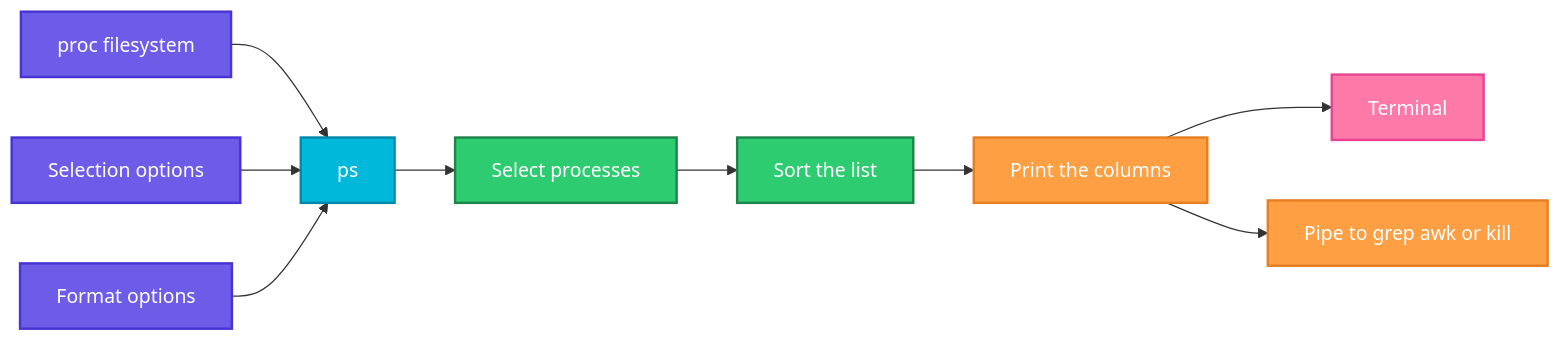
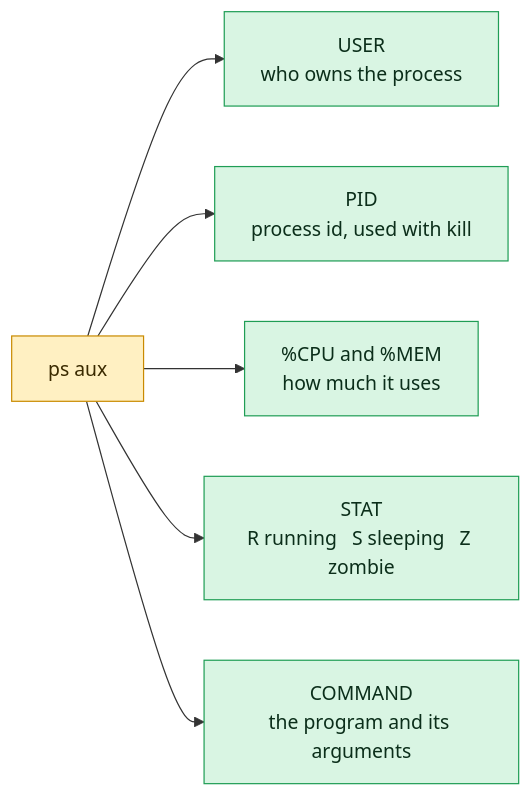
The diagram in linux/process-management/ps.md (codeKerdosTech/DevOps-Documentation), drawn with Mermaid before and after one commit. The commit also changed other lines of this file and 165 other files, not shown here.

Commit message:
updated diagrams in linux

````diff
--- a/linux/process-management/ps.md
+++ b/linux/process-management/ps.md
@@ -18,24 +18,15 @@
 ```mermaid
 flowchart LR
-    A[proc filesystem] --> B[ps]
-    C[Selection options] --> B
-    D[Format options] --> B
-    B --> E[Select processes]
-    E --> F[Sort the list]
-    F --> G[Print the columns]
-    G --> H[Terminal]
-    G --> I[Pipe to grep awk or kill]
-    classDef start fill:#6C5CE7,stroke:#4834D4,stroke-width:2px,color:#fff
-    classDef proc fill:#00B8D9,stroke:#0087A8,stroke-width:2px,color:#fff
-    classDef dec fill:#FFC312,stroke:#E1A100,stroke-width:2px,color:#222
-    classDef ok fill:#2ECC71,stroke:#1E8449,stroke-width:2px,color:#fff
-    classDef err fill:#FF4757,stroke:#C0392B,stroke-width:2px,color:#fff
-    classDef out fill:#FD79A8,stroke:#E84393,stroke-width:2px,color:#fff
-    classDef alt fill:#FF9F43,stroke:#E67E22,stroke-width:2px,color:#fff
-    class A,C,D start
-    class B proc
-    class E,F ok
-    class G alt
-    class H out
-    class I alt
+    c1[ps aux] --> o1[USER<br/>who owns the process]
+    c1 --> o2[PID<br/>process id, used with kill]
+    c1 --> o3[%CPU and %MEM<br/>how much it uses]
+    c1 --> o4[STAT<br/>R running   S sleeping   Z zombie]
+    c1 --> o5[COMMAND<br/>the program and its arguments]
+    classDef inp fill:#DCEBFF,stroke:#2F6FDE,color:#10213F
+    classDef cmd fill:#FFF0C2,stroke:#C98A00,color:#3A2A00
+    classDef out fill:#D9F5E3,stroke:#1F9D55,color:#0B2E1A
+    classDef bad fill:#FDE0E0,stroke:#D13B3B,color:#4A0F0F
+    classDef note fill:#ECEFF3,stroke:#7B8794,color:#1F2933
+    class c1 cmd
+    class o1,o2,o3,o4,o5 out
 ```
````
